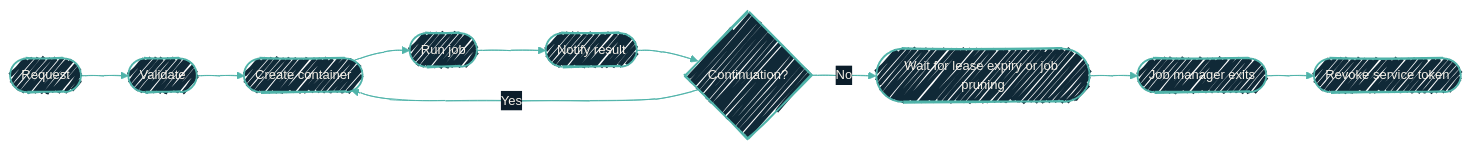
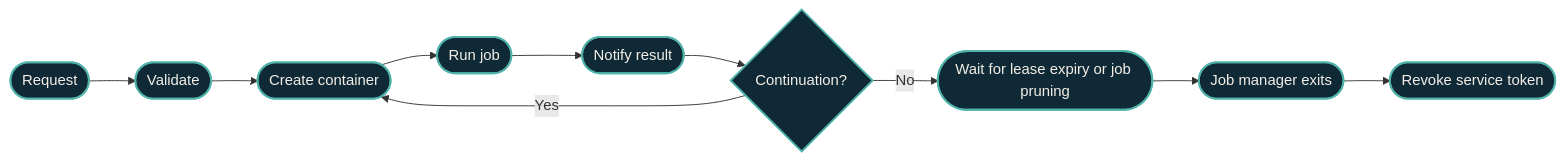
Before and after one commit to dryvist/docs: the first of 2 diagrams in autonomous-agents/runtime.mdx, drawn with Mermaid. The commit also changed other lines of this file and 116 other files, not shown here.

````diff
--- a/autonomous-agents/runtime.mdx
+++ b/autonomous-agents/runtime.mdx
@@ -89,17 +89,24 @@
 ```mermaid
-%%{init:
-  {'theme':'base','look':'handDrawn','themeVariables':{'fontFamily':'Geist','fontSize':'14px','primaryColor':'#102937','primaryTextColor':'#F4EFE6','primaryBorderColor':'#4FB3A9','lineColor':'#4FB3A9','secondaryColor':'#0B1D2A','tertiaryColor':'#1A2A38','clusterBkg':'rgba(79,179,169,0.08)','clusterBorder':'#4FB3A9'}}}%%
-  flowchart LR
+%%{init: {"theme":"base","look":"handDrawn","themeVariables":{"primaryColor":"#123a36","primaryTextColor":"#f4efe6","primaryBorderColor":"#4fb3a9","lineColor":"#4fb3a9","secondaryColor":"#0b1d2a","tertiaryColor":"#16293a","clusterBkg":"#08151f","clusterBorder":"#4fb3a9","fontFamily":"'Geist Sans', system-ui, -apple-system, BlinkMacSystemFont, 'Segoe UI', Roboto, sans-serif","fontSize":"14px"}}}%%
+flowchart LR
+  classDef src fill:#16293a,stroke:#e06b4a,stroke-width:2px,color:#f4efe6;
+  classDef ai fill:#16293a,stroke:#e06b4a,stroke-width:2px,color:#f4efe6;
+  classDef gate fill:#16293a,stroke:#e06b4a,stroke-width:2.5px,color:#f4efe6;
+  classDef hop fill:#16293a,stroke:#4fb3a9,stroke-width:2px,color:#f4efe6;
+  classDef host fill:#16293a,stroke:#4fb3a9,stroke-width:2px,color:#f4efe6;
+  classDef sink fill:#16293a,stroke:#f4efe6,stroke-width:2px,color:#f4efe6;
+  classDef auto fill:#16293a,stroke:#f4efe6,stroke-width:1.5px,color:#f4efe6;
+  classDef external fill:#16293a,stroke:#e6b35a,stroke-width:2px,color:#f4efe6;
   Request([Request]) --> Validate([Validate])
   Validate --> Create([Create container])
   Create --> Run([Run job])
   Run --> Notify([Notify result])
   Notify --> Continue{Continuation?}
   Continue -- Yes --> Create
   Continue -- No --> Wait([Wait for lease expiry or job pruning])
   Wait --> Exit([Job manager exits])
   Exit --> Revoke([Revoke service token])
 
   classDef n fill:#102937,stroke:#4FB3A9,stroke-width:2px,color:#F4EFE6;
   class Request,Validate,Create,Run,Notify,Continue,Wait,Exit,Revoke n
 ```
````
